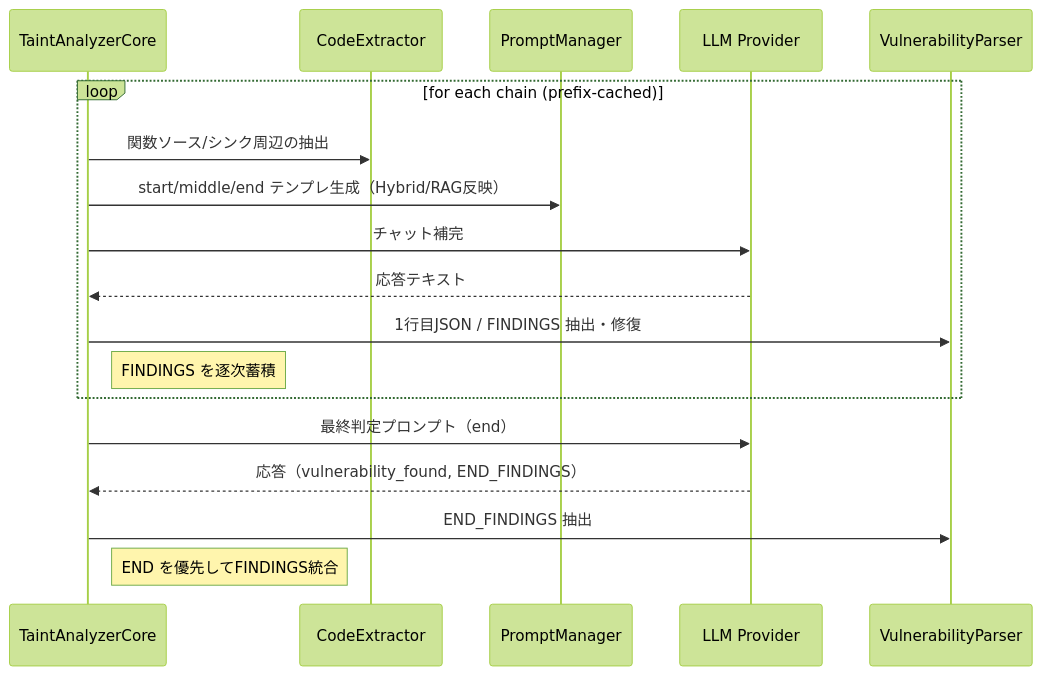
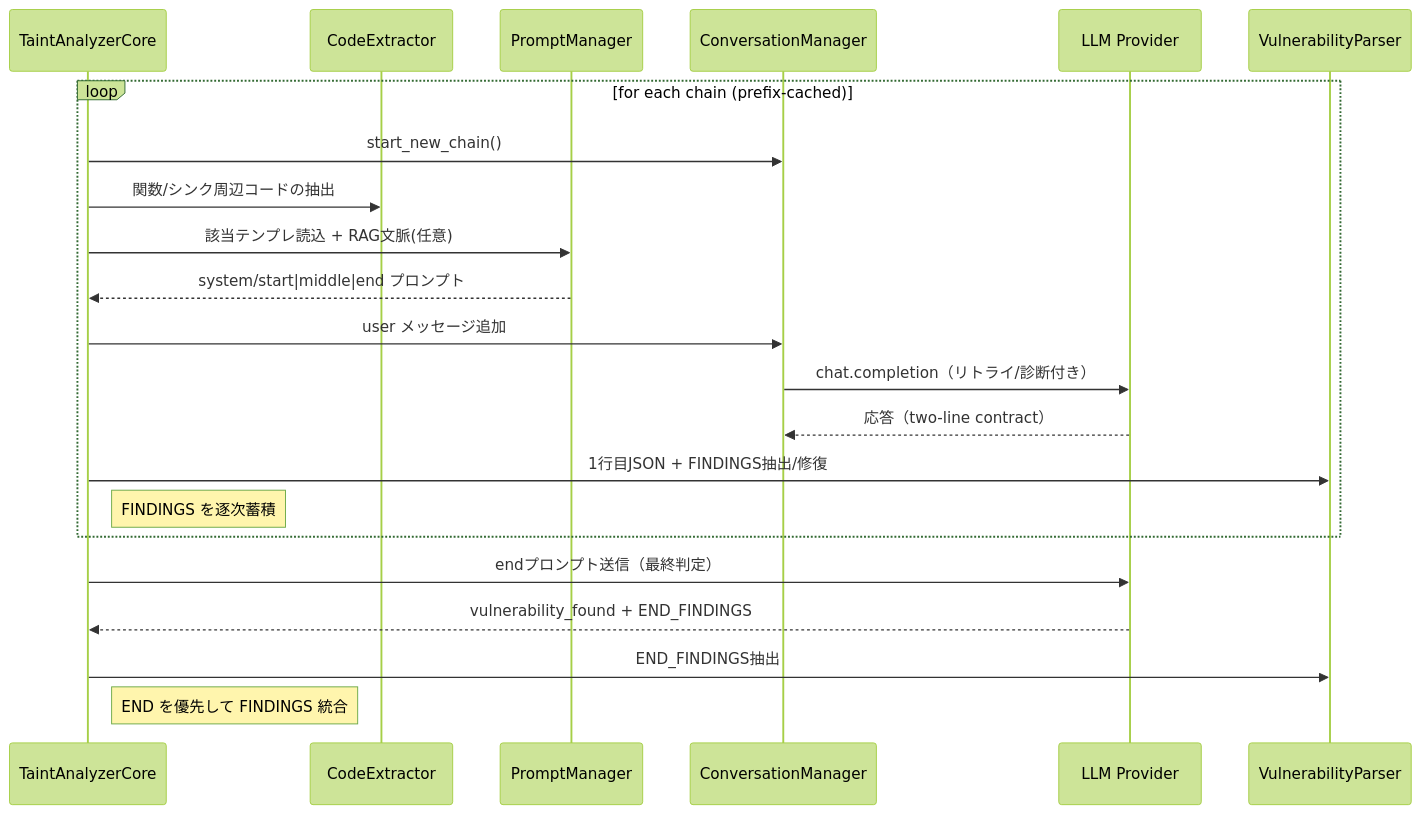
Before and after one commit to ta-061/tee-flow-inspector: the second of 5 diagrams in Document/System_README.md, drawn with Mermaid (forest theme). The commit also changed other lines of this file, not shown here.

````diff
--- a/Document/System_README.md
+++ b/Document/System_README.md
@@ -276,21 +296,25 @@
-```mermaid
-sequenceDiagram
-  participant Core as TaintAnalyzerCore
-  participant CE as CodeExtractor
-  participant PM as PromptManager
-  participant LLM as LLM Provider
-  participant VP as VulnerabilityParser
-
-  loop for each chain (prefix-cached)
-    Core->>CE: 関数ソース/シンク周辺の抽出
-    Core->>PM: start/middle/end テンプレ生成（Hybrid/RAG反映）
-    Core->>LLM: チャット補完
-    LLM-->>Core: 応答テキスト
-    Core->>VP: 1行目JSON / FINDINGS 抽出・修復
-    Note right of Core: FINDINGS を逐次蓄積
-  end
-  Core->>LLM: 最終判定プロンプト（end）
-  LLM-->>Core: 応答（vulnerability_found, END_FINDINGS）
-  Core->>VP: END_FINDINGS 抽出
-  Note right of Core: END を優先してFINDINGS統合
-```
+  ```mermaid
+  sequenceDiagram
+    participant Core as TaintAnalyzerCore
+    participant CE as CodeExtractor
+    participant PM as PromptManager
+    participant CM as ConversationManager
+    participant LLM as LLM Provider
+    participant VP as VulnerabilityParser
+  
+    loop for each chain (prefix-cached)
+      Core->>CM: start_new_chain()
+      Core->>CE: 関数/シンク周辺コードの抽出
+      Core->>PM: 該当テンプレ読込 + RAG文脈(任意)
+      PM-->>Core: system/start|middle|end プロンプト
+      Core->>CM: user メッセージ追加
+      CM->>LLM: chat.completion（リトライ/診断付き）
+      LLM-->>CM: 応答（two-line contract）
+      Core->>VP: 1行目JSON + FINDINGS抽出/修復
+      Note right of Core: FINDINGS を逐次蓄積
+    end
+    Core->>LLM: endプロンプト送信（最終判定）
+    LLM-->>Core: vulnerability_found + END_FINDINGS
+    Core->>VP: END_FINDINGS抽出
+    Note right of Core: END を優先して FINDINGS 統合
+  ```
````
